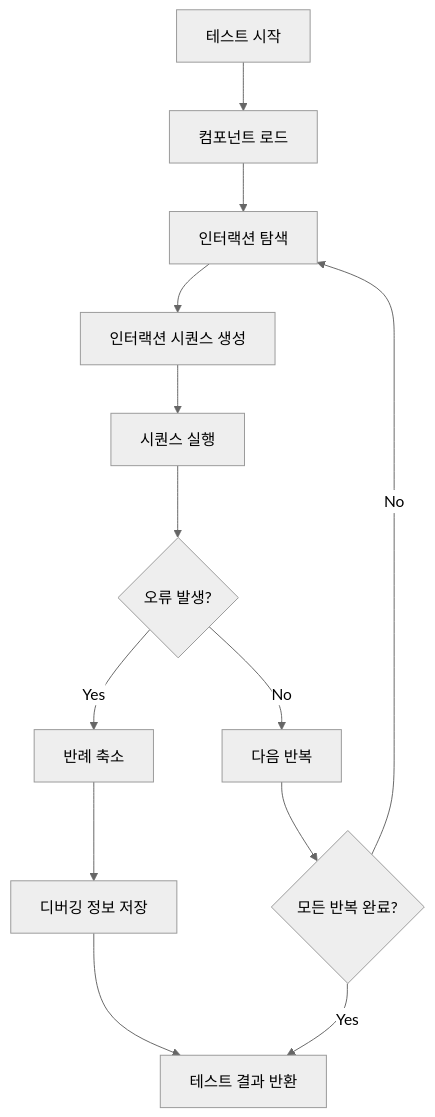
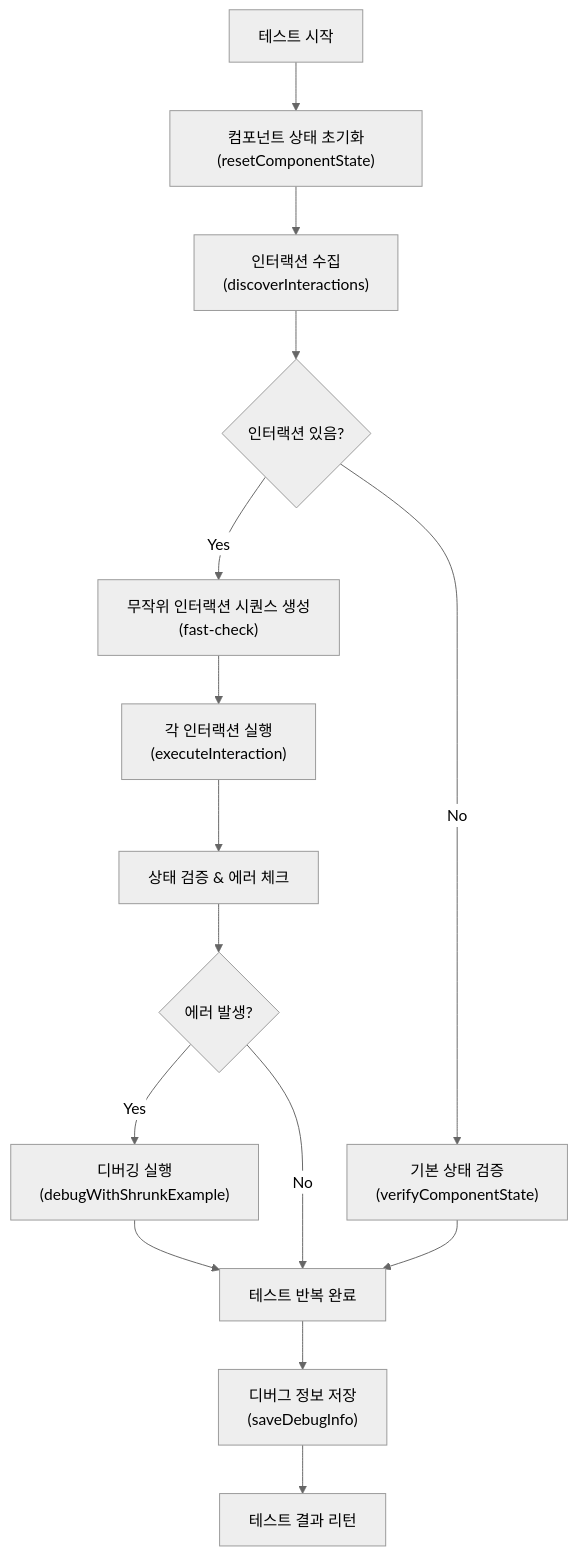
One commit to YahngSungho/Monorepo changed the first of 6 diagrams in storybook/e2e/universal-testers.md. Above: the diagram before and after it, drawn with Mermaid (neutral theme). The commit also changed other lines of this file and 2 other files, not shown here.

First line of the commit message:
feat: 인터랙션 시퀀스 생성 및 디버깅 개선

````diff
--- a/storybook/e2e/universal-testers.md
+++ b/storybook/e2e/universal-testers.md
@@ -38,15 +51,17 @@
 ```mermaid
 flowchart TD
-    A[테스트 시작] --> B[컴포넌트 로드]
-    B --> C[인터랙션 탐색]
-    C --> D[인터랙션 시퀀스 생성]
-    D --> E[시퀀스 실행]
-    E --> F{오류 발생?}
-    F -->|Yes| G[반례 축소]
-    G --> H[디버깅 정보 저장]
-    F -->|No| I[다음 반복]
-    I --> J{모든 반복 완료?}
-    J -->|No| C
-    J -->|Yes| K[테스트 결과 반환]
-    H --> K
+    A[테스트 시작] --> B["컴포넌트 상태 초기화(resetComponentState)"]
+    B --> C["인터랙션 수집<br/>(discoverInteractions)"]
+    C --> D{인터랙션 있음?}
+    D -- Yes --> E["무작위 인터랙션 시퀀스 생성<br/>(fast-check)"]
+    D -- No --> F["기본 상태 검증<br/>(verifyComponentState)"]
+    E --> G["각 인터랙션 실행<br/>(executeInteraction)"]
+    G --> H["상태 검증 & 에러 체크"]
+    H --> I{에러 발생?}
+    I -- Yes --> J["디버깅 실행<br/>(debugWithShrunkExample)"]
+    I -- No --> K[테스트 반복 완료]
+    F --> K
+    J --> K
+    K --> L["디버그 정보 저장<br/>(saveDebugInfo)"]
+    L --> M[테스트 결과 리턴]
 ```
````
